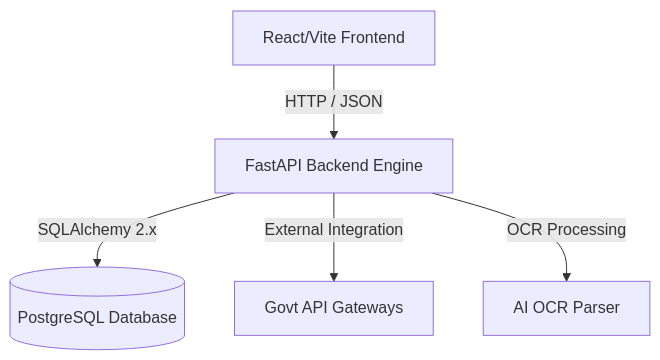
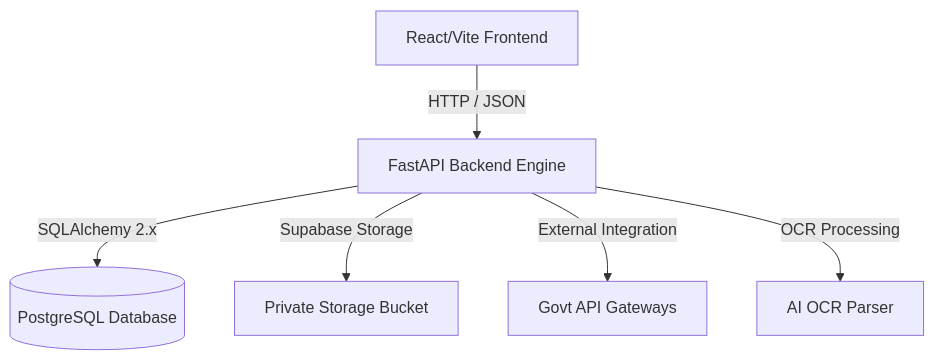
Before and after one commit to Yogeshsingh123-LAB/-AI-Powered-Integrated-Bid-Compliance-Verification-Platform-for-GeM-Procurement: the diagram in brain.md, drawn with Mermaid. The commit also changed other lines of this file, not shown here.

Commit message:
docs: update brain.md database schemas and API routes

````diff
--- a/brain.md
+++ b/brain.md
@@ -14,7 +14,8 @@
 ```mermaid
 graph TD
     A[React/Vite Frontend] -- HTTP / JSON --> B[FastAPI Backend Engine]
     B -- SQLAlchemy 2.x --> C[(PostgreSQL Database)]
-    B -- External Integration --> D[Govt API Gateways]
-    B -- OCR Processing --> E[AI OCR Parser]
+    B -- Supabase Storage --> D[Private Storage Bucket]
+    B -- External Integration --> E[Govt API Gateways]
+    B -- OCR Processing --> F[AI OCR Parser]
 ```
````
